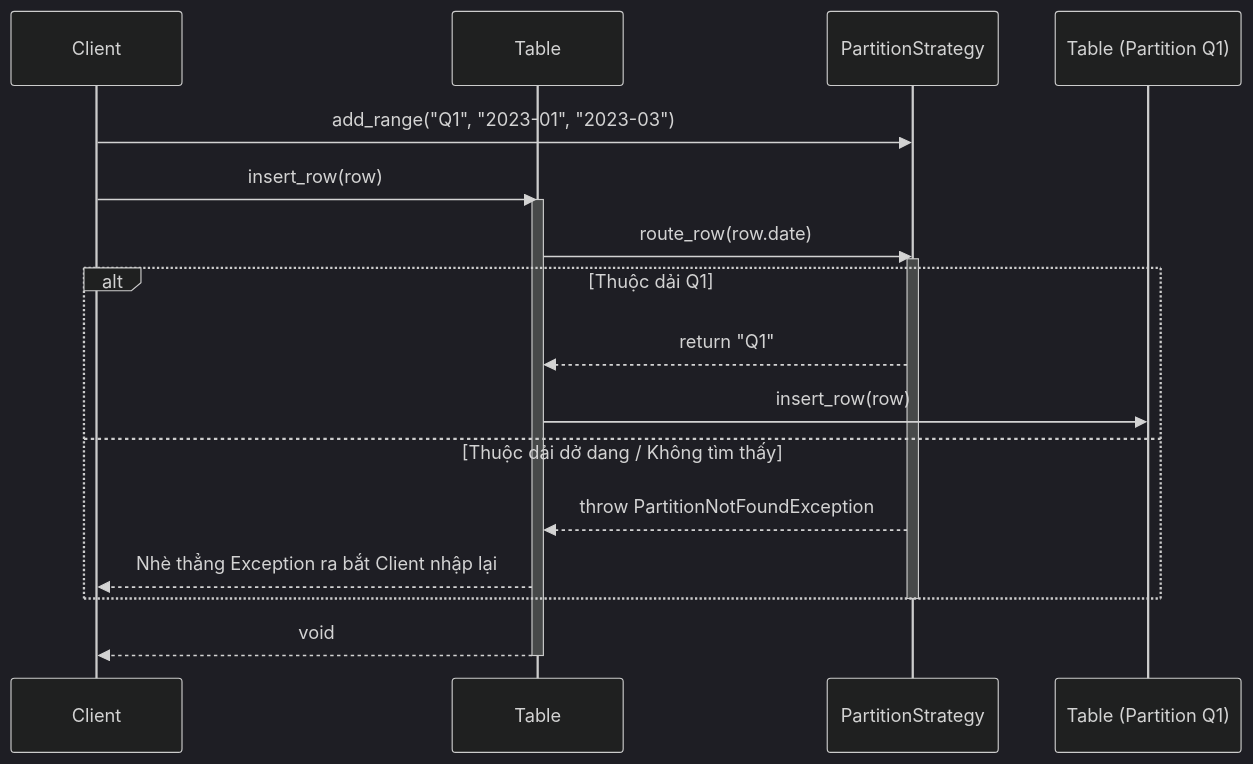
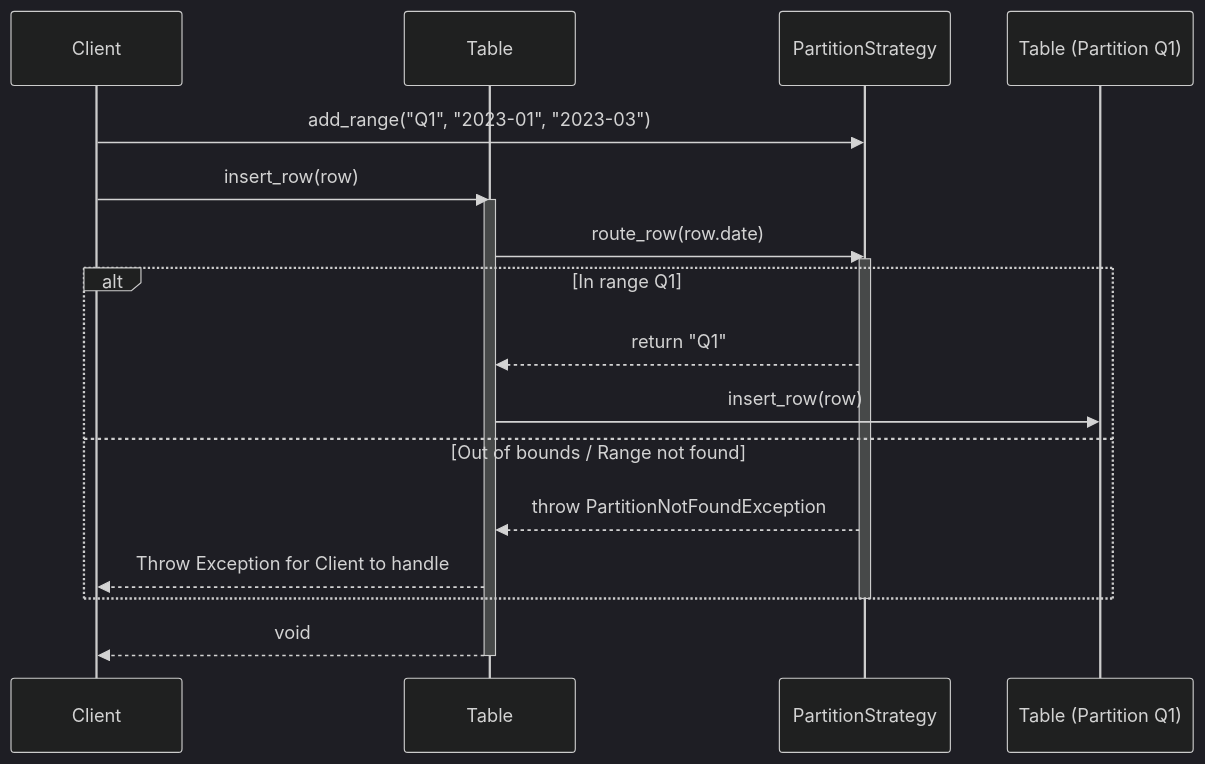
Diagram 11 of 18 in docs/readme.md (Ricky13170/bbv_DBMS), drawn with Mermaid (dark theme) before and after one commit. The commit also changed other lines of this file, not shown here.

````diff
--- a/docs/readme.md
+++ b/docs/readme.md
@@ -285,28 +285,28 @@
 ```mermaid
 sequenceDiagram
     participant Client
     participant Table
     participant PStrat as PartitionStrategy
     participant PartA as Table (Partition Q1)
     
-    %% Setup (Admin cấu hình trước)
+    %% Setup Range (Admin configures ahead)
     Client->>PStrat: add_range("Q1", "2023-01", "2023-03")
     
-    %% Insertion (Lúc đẩy data thật vào)
+    %% Insertion (Pushing actual data)
     Client->>Table: insert_row(row)
     activate Table
     Table->>PStrat: route_row(row.date)
     activate PStrat
     
-    alt Thuộc dải Q1
+    alt In range Q1
         PStrat-->>Table: return "Q1"
         Table->>PartA: insert_row(row)
-    else Thuộc dải dở dang / Không tìm thấy
+    else Out of bounds / Range not found
         PStrat-->>Table: throw PartitionNotFoundException
-        Table-->>Client: Nhè thẳng Exception ra bắt Client nhập lại
+        Table-->>Client: Throw Exception for Client to handle
     end
     deactivate PStrat
     
     Table-->>Client: void
     deactivate Table
 ```
````
